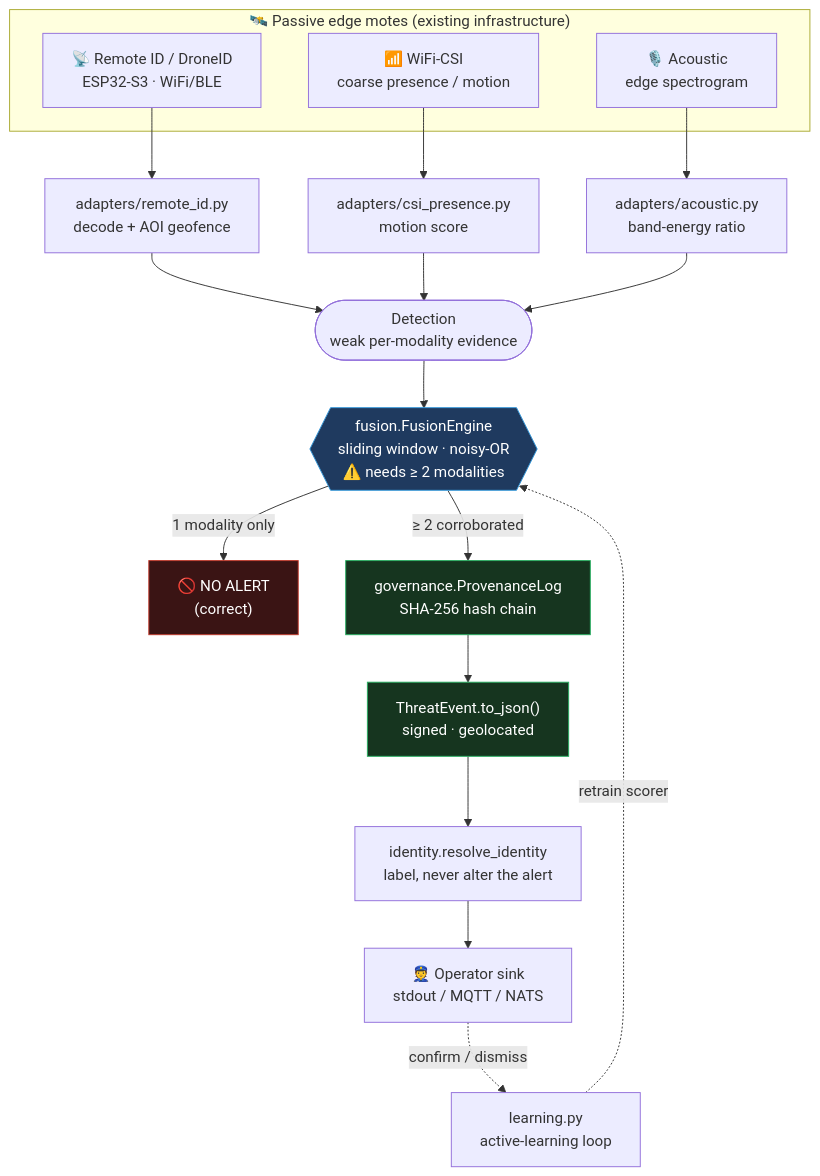
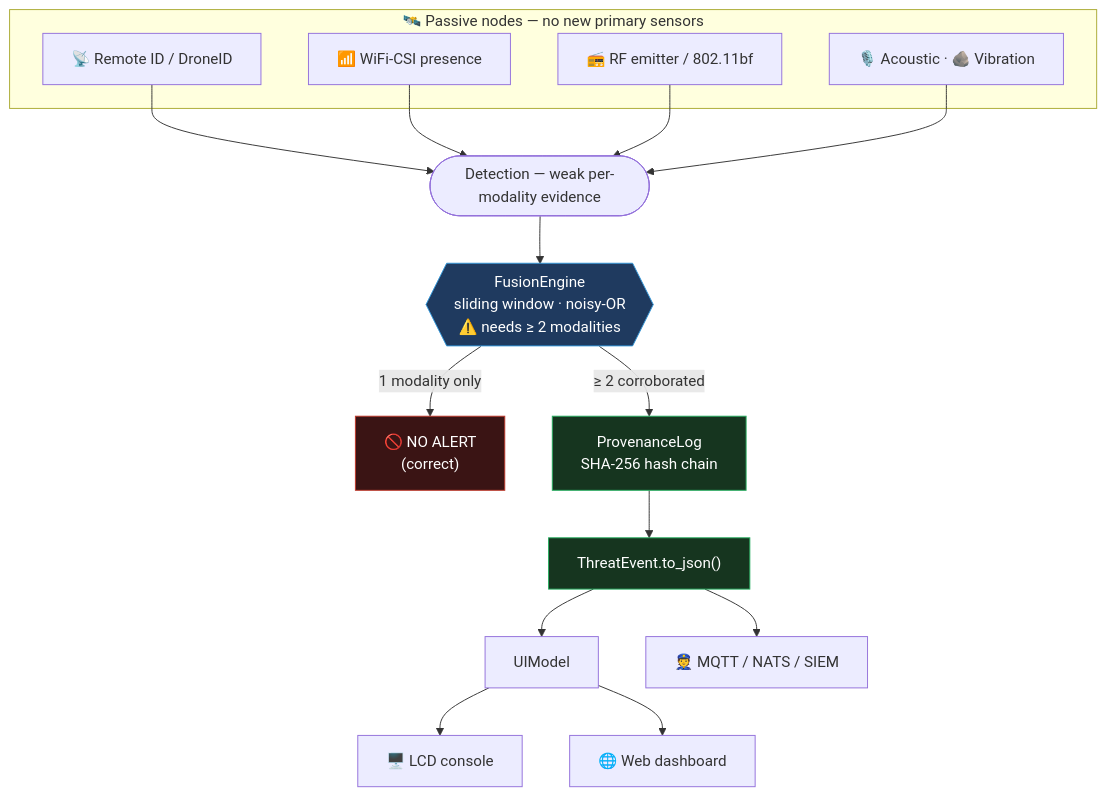
Before and after one commit to P1rate5ec/RudeStorm: the diagram in README.md, drawn with Mermaid. The commit also changed other lines of this file and 2 other files, not shown here.

First line of the commit message:
feat(web): dependency-free dashboard + rewrite README as the project front page

````diff
--- a/README.md
+++ b/README.md
@@ -35,33 +255,31 @@
 ```mermaid
 flowchart TD
-    subgraph EDGE["🛰️  Passive edge motes (existing infrastructure)"]
-        RID["📡 Remote ID / DroneID<br/>ESP32-S3 · WiFi/BLE"]
-        CSI["📶 WiFi-CSI<br/>coarse presence / motion"]
-        AC["🎙️ Acoustic<br/>edge spectrogram"]
+    subgraph EDGE["🛰️  Passive nodes — no new primary sensors"]
+        RID["📡 Remote ID / DroneID"]
+        CSI["📶 WiFi-CSI presence"]
+        RF["📻 RF emitter / 802.11bf"]
+        AC["🎙️ Acoustic · 🪨 Vibration"]
     end
 
-    RID --> A1["adapters/remote_id.py<br/>decode + AOI geofence"]
-    CSI --> A2["adapters/csi_presence.py<br/>motion score"]
-    AC  --> A3["adapters/acoustic.py<br/>band-energy ratio"]
+    RID --> D
+    CSI --> D
+    RF  --> D
+    AC  --> D
 
-    A1 --> D(["Detection<br/>weak per-modality evidence"])
-    A2 --> D
-    A3 --> D
-
-    D --> F{{"fusion.FusionEngine<br/>sliding window · noisy-OR<br/>⚠️ needs ≥ 2 modalities"}}
+    D(["Detection — weak per-modality evidence"])
+    D --> F{{"FusionEngine<br/>sliding window · noisy-OR<br/>⚠️ needs ≥ 2 modalities"}}
 
     F -- "1 modality only" --> X["🚫 NO ALERT<br/>(correct)"]
-    F -- "≥ 2 corroborated" --> G["governance.ProvenanceLog<br/>SHA-256 hash chain"]
+    F -- "≥ 2 corroborated" --> G["ProvenanceLog<br/>SHA-256 hash chain"]
 
-    G --> E["ThreatEvent.to_json()<br/>signed · geolocated"]
-    E --> ID["identity.resolve_identity<br/>label, never alter the alert"]
-    ID --> OP["👮 Operator sink<br/>stdout / MQTT / NATS"]
-
-    OP -. "confirm / dismiss" .-> L["learning.py<br/>active-learning loop"]
-    L -. "retrain scorer" .-> F
+    G --> E["ThreatEvent.to_json()"]
+    E --> UI["UIModel"]
+    UI --> LCD["🖥️ LCD console"]
+    UI --> WEB["🌐 Web dashboard"]
+    E --> OP["👮 MQTT / NATS / SIEM"]
 
     style X fill:#3a1414,stroke:#c0392b,color:#fff
     style F fill:#1f3a5f,stroke:#3498db,color:#fff
     style G fill:#16351f,stroke:#27ae60,color:#fff
     style E fill:#16351f,stroke:#27ae60,color:#fff
 ```
````
